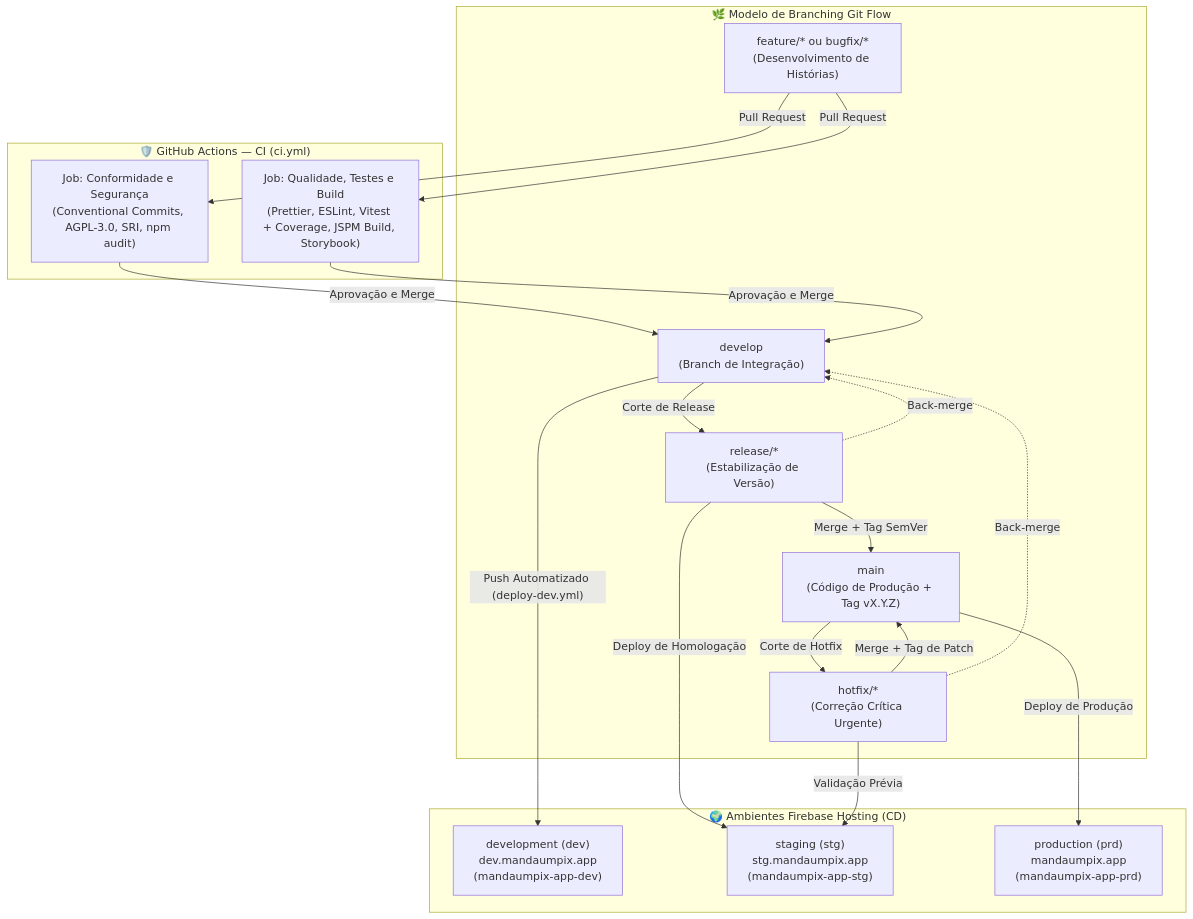
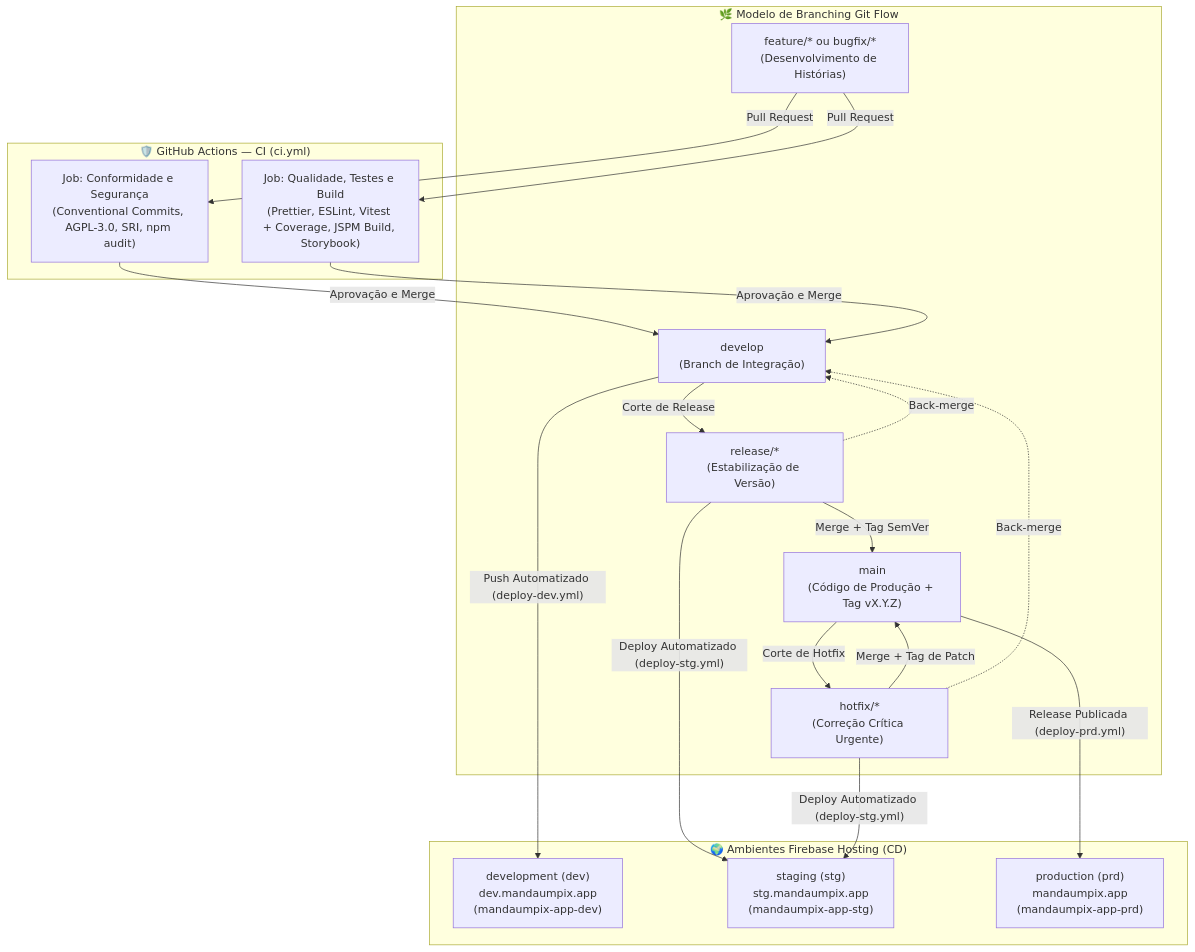
Before and after one commit to luizcanet/mandaumpix.app: the diagram in docs/deployment/pipeline.md, drawn with Mermaid. The commit also changed other lines of this file and 1 other file, not shown here.

````diff
--- a/docs/deployment/pipeline.md
+++ b/docs/deployment/pipeline.md
@@ -13,34 +13,34 @@
 ```mermaid
 flowchart TD
     subgraph GitFlow["🌿 Modelo de Branching Git Flow"]
         Feat["feature/* ou bugfix/*<br/>(Desenvolvimento de Histórias)"]
         Dev["develop<br/>(Branch de Integração)"]
         Rel["release/*<br/>(Estabilização de Versão)"]
         Hot["hotfix/*<br/>(Correção Crítica Urgente)"]
         Main["main<br/>(Código de Produção + Tag vX.Y.Z)"]
     end
 
     subgraph CI["🛡️ GitHub Actions — CI (ci.yml)"]
         Comp["Job: Conformidade e Segurança<br/>(Conventional Commits, AGPL-3.0, SRI, npm audit)"]
         Qual["Job: Qualidade, Testes e Build<br/>(Prettier, ESLint, Vitest + Coverage, JSPM Build, Storybook)"]
     end
 
     subgraph CD["🌍 Ambientes Firebase Hosting (CD)"]
         EnvDev["development (dev)<br/>dev.mandaumpix.app<br/>(mandaumpix-app-dev)"]
         EnvStg["staging (stg)<br/>stg.mandaumpix.app<br/>(mandaumpix-app-stg)"]
         EnvPrd["production (prd)<br/>mandaumpix.app<br/>(mandaumpix-app-prd)"]
     end
 
     Feat -->|"Pull Request"| Comp & Qual
     Comp & Qual -->|"Aprovação e Merge"| Dev
     Dev -->|"Push Automatizado (deploy-dev.yml)"| EnvDev
     Dev -->|"Corte de Release"| Rel
-    Rel -->|"Deploy de Homologação"| EnvStg
+    Rel -->|"Deploy Automatizado (deploy-stg.yml)"| EnvStg
     Rel -->|"Merge + Tag SemVer"| Main
     Rel -.->|"Back-merge"| Dev
     Main -->|"Corte de Hotfix"| Hot
-    Hot -->|"Validação Prévia"| EnvStg
+    Hot -->|"Deploy Automatizado (deploy-stg.yml)"| EnvStg
     Hot -->|"Merge + Tag de Patch"| Main
     Hot -.->|"Back-merge"| Dev
-    Main -->|"Deploy de Produção"| EnvPrd
+    Main -->|"Release Publicada (deploy-prd.yml)"| EnvPrd
 ```
````
